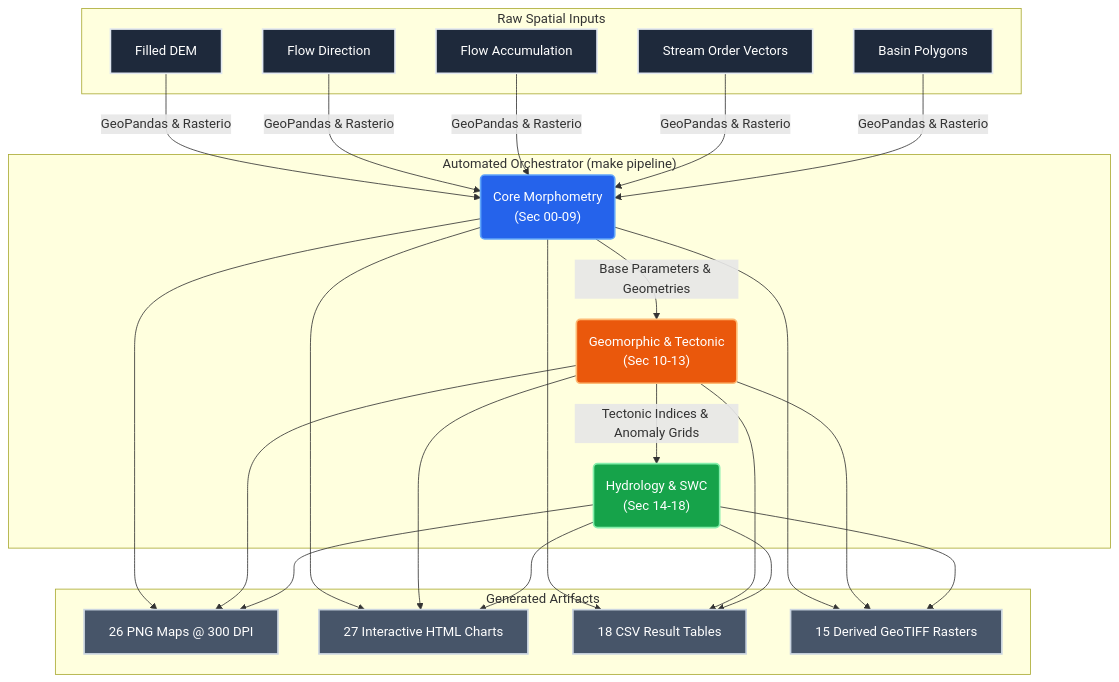
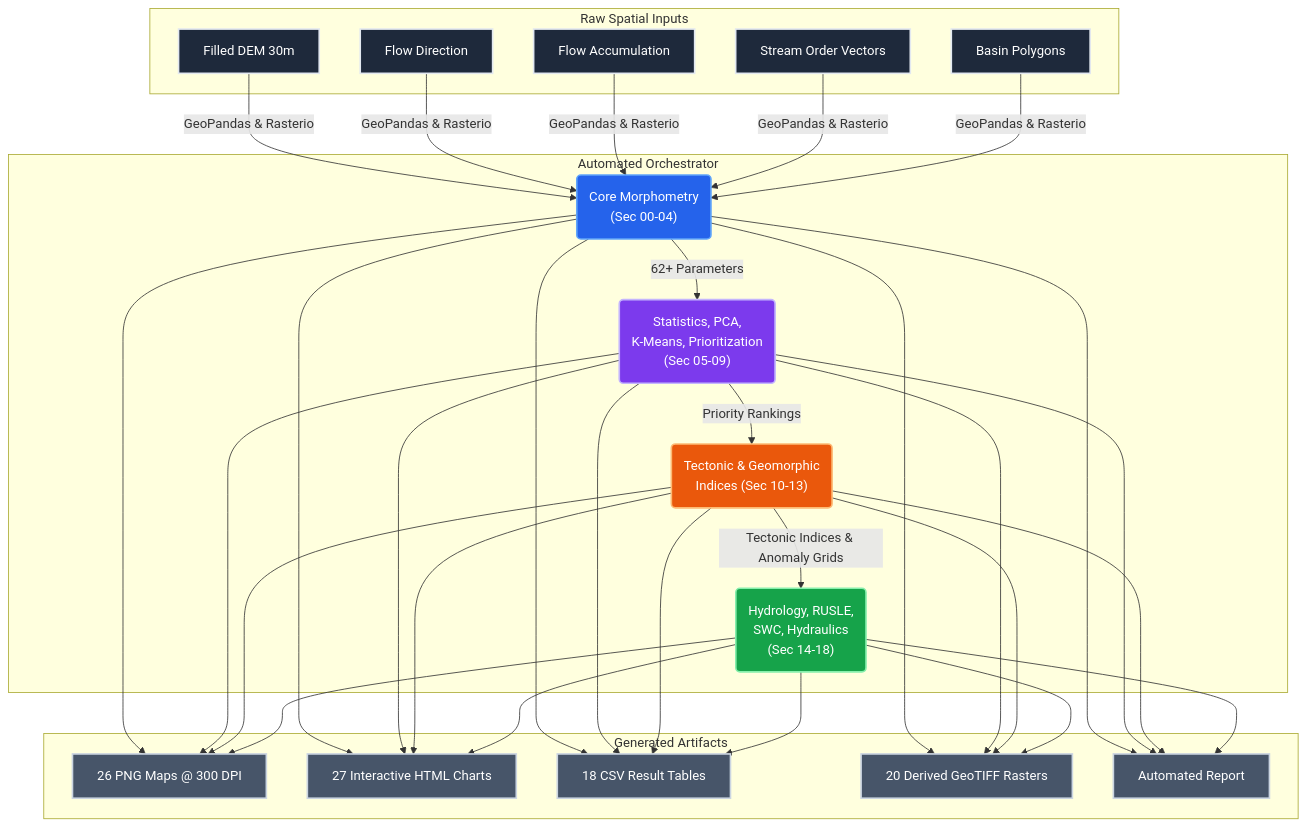
Before and after one commit to Satwik-1234/Pravara-River-Basin-Advanced-Morphometric-Hydrological-Analysis: the diagram in README.md, drawn with Mermaid. The commit also changed other lines of this file, not shown here.

````diff
--- a/README.md
+++ b/README.md
@@ -233,35 +377,39 @@
 ```mermaid
 graph TD
     classDef input fill:#1e293b,stroke:#e2e8f0,stroke-width:2px,color:#fff
     classDef core fill:#2563eb,stroke:#60a5fa,stroke-width:2px,color:#fff
     classDef geomorph fill:#ea580c,stroke:#fdba74,stroke-width:2px,color:#fff
     classDef hydro fill:#16a34a,stroke:#86efac,stroke-width:2px,color:#fff
+    classDef ml fill:#7c3aed,stroke:#c4b5fd,stroke-width:2px,color:#fff
     classDef output fill:#475569,stroke:#cbd5e1,stroke-width:2px,color:#fff
 
     subgraph "Raw Spatial Inputs"
-        A1[Filled DEM]:::input
+        A1[Filled DEM 30m]:::input
         A2[Flow Direction]:::input
         A3[Flow Accumulation]:::input
         A4[Stream Order Vectors]:::input
         A5[Basin Polygons]:::input
     end
 
     A1 & A2 & A3 & A4 & A5 -->|GeoPandas & Rasterio| B1
 
-    subgraph "Automated Orchestrator (make pipeline)"
-        B1("Core Morphometry<br>(Sec 00-09)"):::core
-        B2("Geomorphic & Tectonic<br>(Sec 10-13)"):::geomorph
-        B3("Hydrology & SWC<br>(Sec 14-18)"):::hydro
-        B1 -->|Base Parameters & Geometries| B2
+    subgraph "Automated Orchestrator"
+        B1("Core Morphometry<br/>(Sec 00-04)"):::core
+        B1ML("Statistics, PCA,<br/>K-Means, Prioritization<br/>(Sec 05-09)"):::ml
+        B2("Tectonic & Geomorphic<br/>Indices (Sec 10-13)"):::geomorph
+        B3("Hydrology, RUSLE,<br/>SWC, Hydraulics<br/>(Sec 14-18)"):::hydro
+        B1 -->|62+ Parameters| B1ML
+        B1ML -->|Priority Rankings| B2
         B2 -->|Tectonic Indices & Anomaly Grids| B3
     end
 
     subgraph "Generated Artifacts"
         C1[26 PNG Maps @ 300 DPI]:::output
         C2[27 Interactive HTML Charts]:::output
         C3[18 CSV Result Tables]:::output
-        C4[15 Derived GeoTIFF Rasters]:::output
+        C4[20 Derived GeoTIFF Rasters]:::output
+        C5[Automated Report]:::output
     end
 
-    B1 & B2 & B3 --> C1 & C2 & C3 & C4
+    B1 & B1ML & B2 & B3 --> C1 & C2 & C3 & C4 & C5
 ```
````
